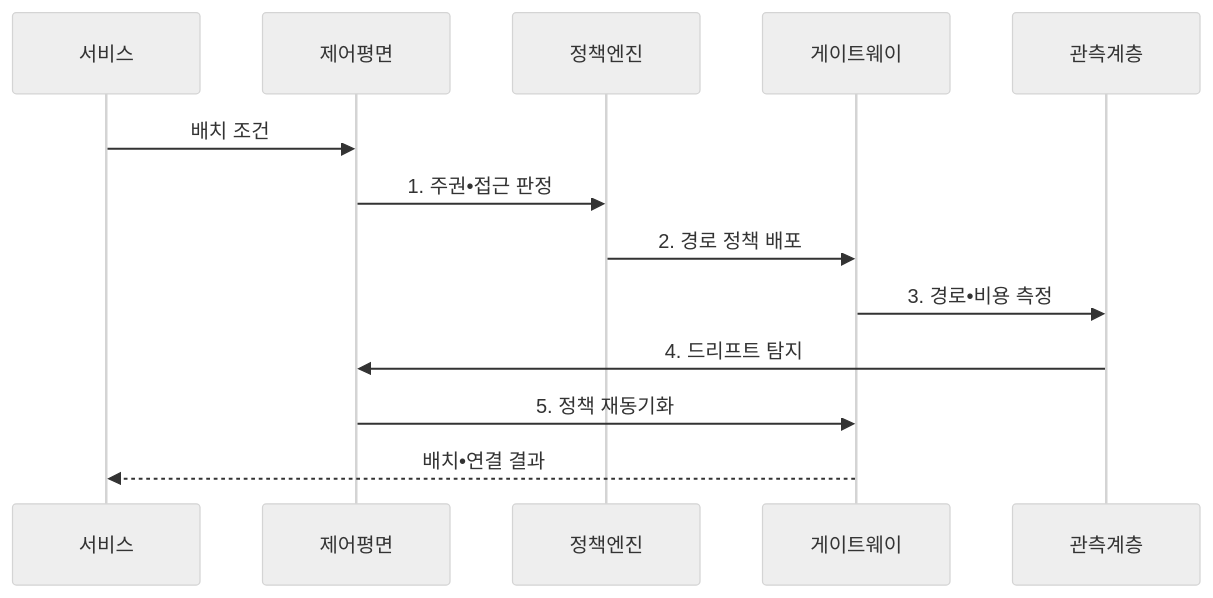
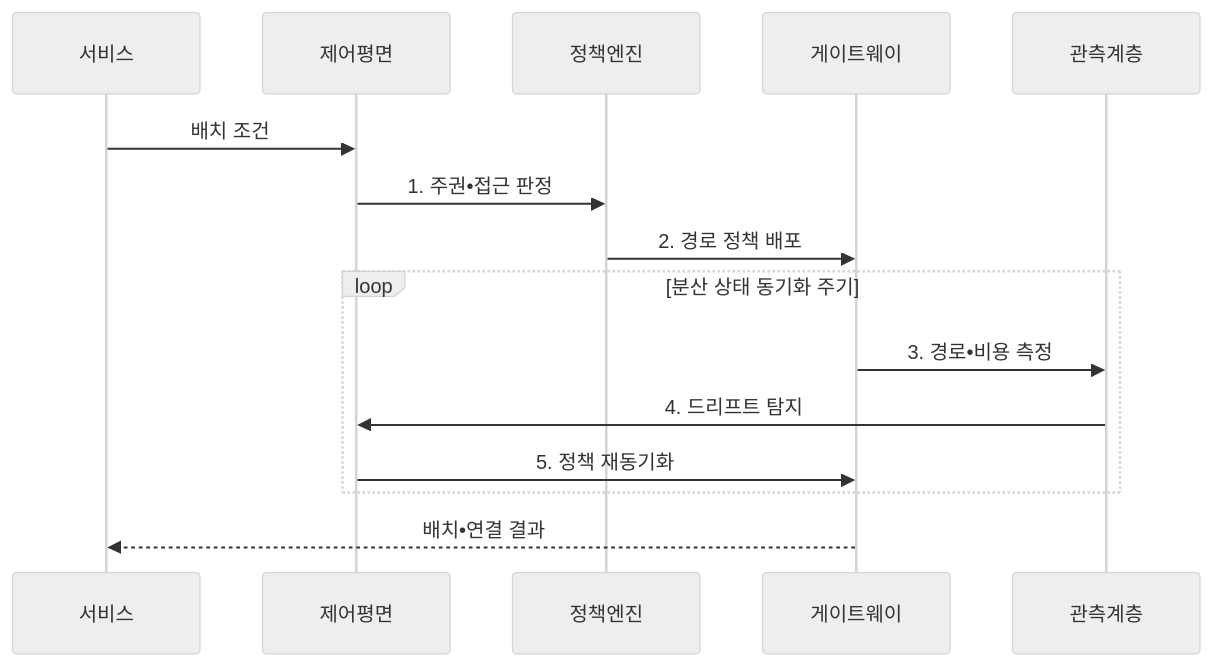
Before and after one commit to agnusdei1207/knowledge-base: the second of 2 diagrams in src/content/docs/notes/04-network/101_distributed_cloud_networking.md, drawn with Mermaid (neutral theme). The commit also changed other lines of this file and 11 other files, not shown here.

````diff
--- a/src/content/docs/notes/04-network/101_distributed_cloud_networking.md
+++ b/src/content/docs/notes/04-network/101_distributed_cloud_networking.md
@@ -104,15 +104,17 @@
 ```mermaid
 sequenceDiagram
     participant 서비스
     participant 제어평면
     participant 정책엔진
     participant 게이트웨이
     participant 관측계층
     서비스->>제어평면: 배치 조건
     제어평면->>정책엔진: 1. 주권•접근 판정
     정책엔진->>게이트웨이: 2. 경로 정책 배포
-    게이트웨이->>관측계층: 3. 경로•비용 측정
-    관측계층->>제어평면: 4. 드리프트 탐지
-    제어평면->>게이트웨이: 5. 정책 재동기화
+    loop 분산 상태 동기화 주기
+        게이트웨이->>관측계층: 3. 경로•비용 측정
+        관측계층->>제어평면: 4. 드리프트 탐지
+        제어평면->>게이트웨이: 5. 정책 재동기화
+    end
     게이트웨이-->>서비스: 배치•연결 결과
 ```
````
